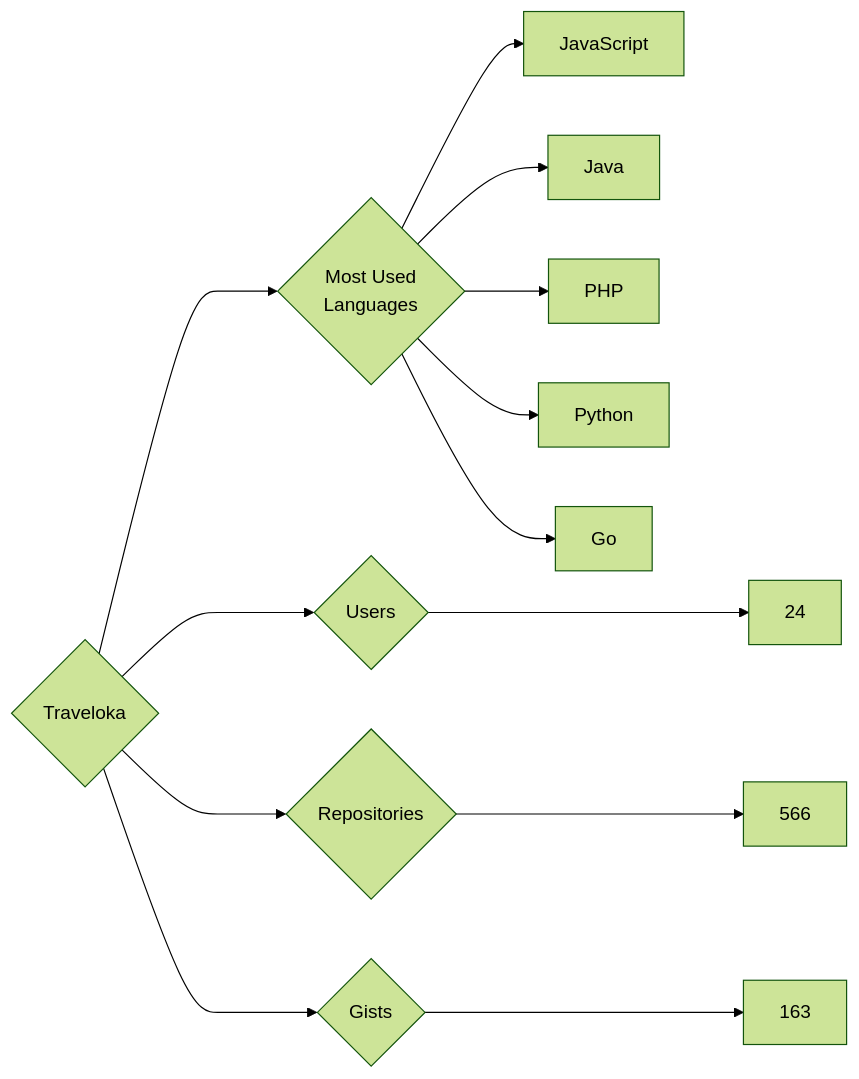
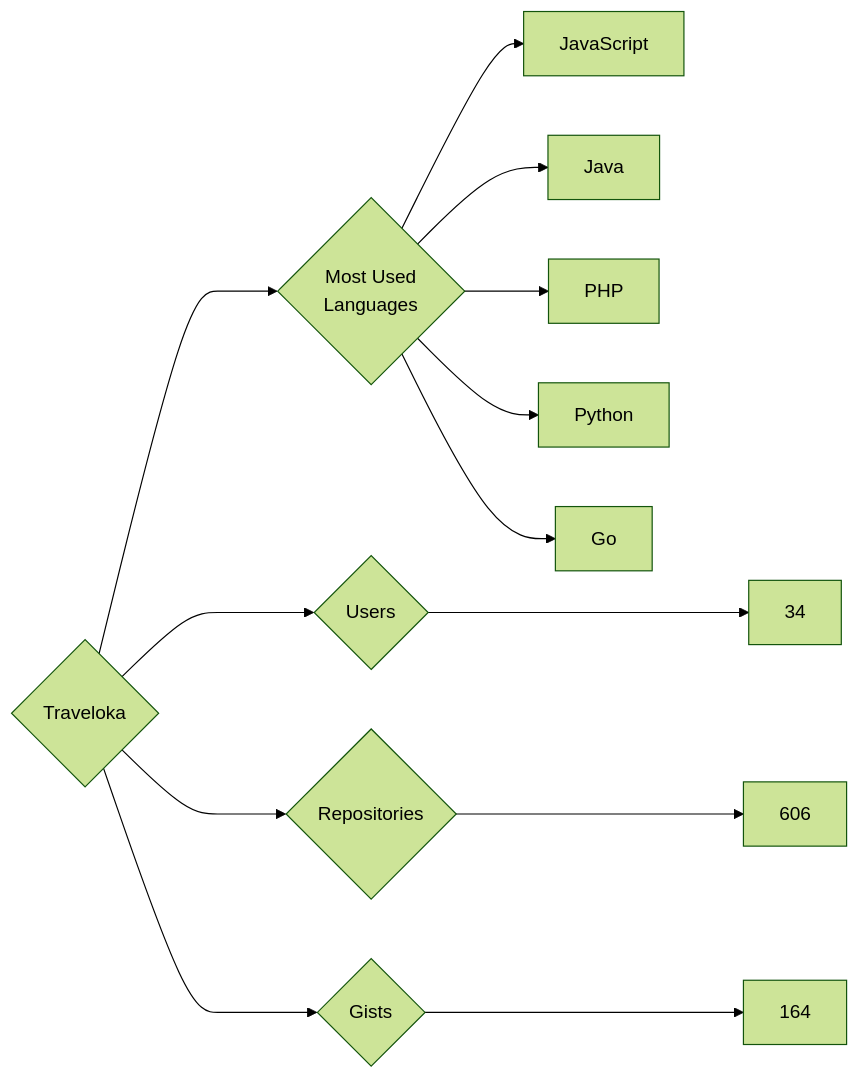
One commit to trickest/insiders changed the diagram in targets/Traveloka/README.md. Above: the diagram before and after it, drawn with Mermaid (forest theme). The commit also changed 1696 other files, not shown here.

````diff
--- a/targets/Traveloka/README.md
+++ b/targets/Traveloka/README.md
@@ -3,13 +3,13 @@
 ```mermaid
 graph LR
 COMPANY_NAME{Traveloka}
-COMPANY_NAME ---> U{Users} ---> UN[24]
-COMPANY_NAME ---> R{Repositories} ---> RN[566]
-COMPANY_NAME ---> G{Gists} ---> GN[163]
+COMPANY_NAME ---> U{Users} ---> UN[34]
+COMPANY_NAME ---> R{Repositories} ---> RN[606]
+COMPANY_NAME ---> G{Gists} ---> GN[164]
 COMPANY_NAME ---> ML{Most Used<br>Languages}
 ML --> JavaScript[JavaScript]
 ML --> Java[Java]
 ML --> PHP[PHP]
 ML --> Python[Python]
 ML --> Go[Go]
 ```
````
